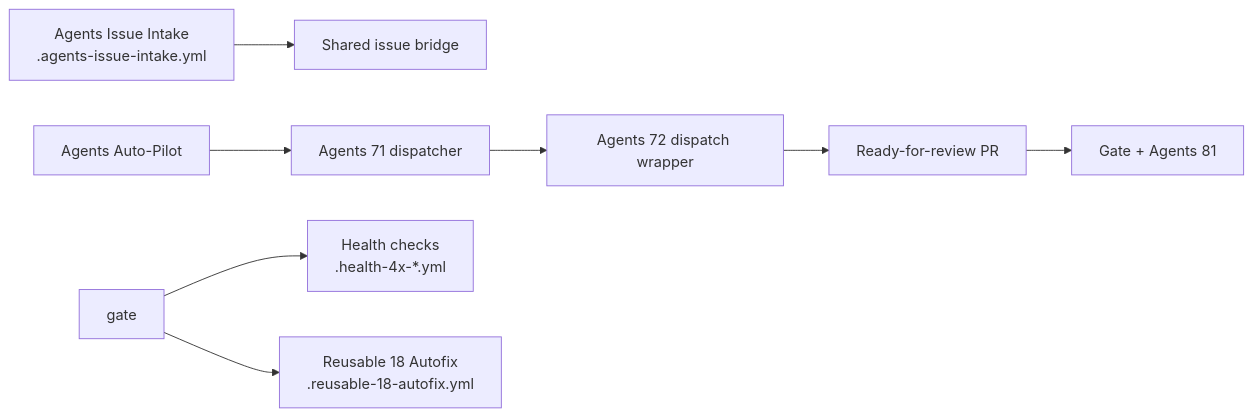
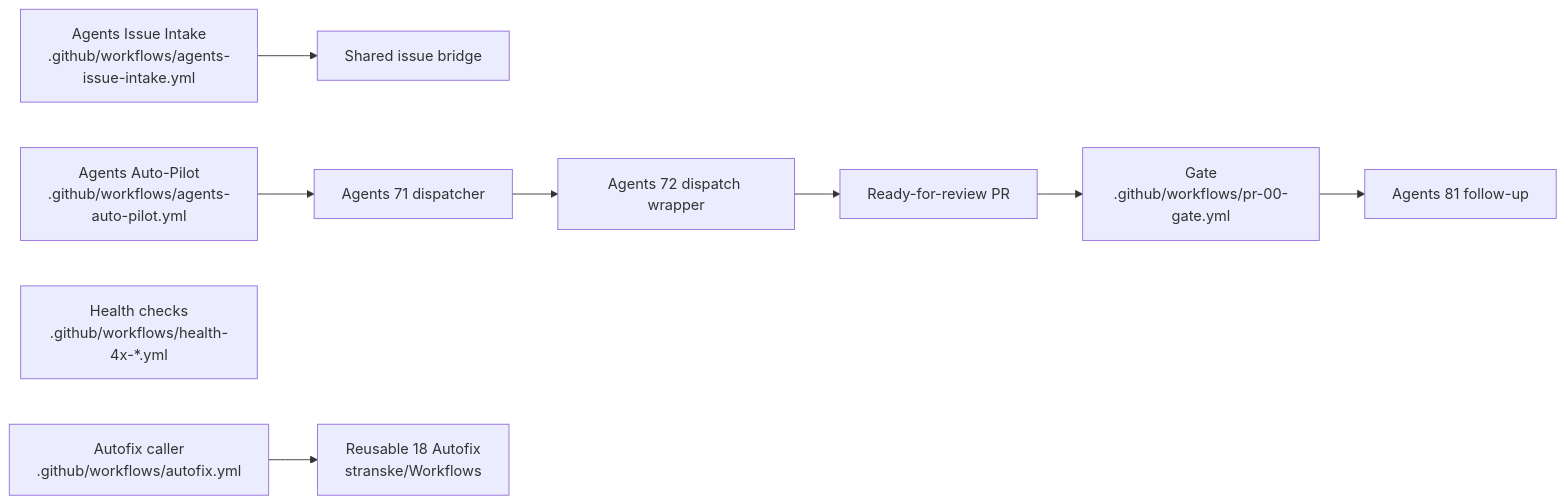
Before and after one commit to stranske/Trend_Model_Project: the first of 2 diagrams in docs/ci/WORKFLOWS.md, drawn with Mermaid. The commit also changed 7 other files, not shown here.

````diff
--- a/docs/ci/WORKFLOWS.md
+++ b/docs/ci/WORKFLOWS.md
@@ -10,8 +10,8 @@
 ```mermaid
 flowchart LR
-    intake["Agents Issue Intake\n.agents-issue-intake.yml"] --> bridge["Shared issue bridge"]
-    autoPilot["Agents Auto-Pilot"] --> dispatcher["Agents 71 dispatcher"] --> workerDispatch["Agents 72 dispatch wrapper"]
-    workerDispatch --> readyPr["Ready-for-review PR"] --> gateFollowups["Gate + Agents 81"]
-    gate --> healthGuard["Health checks\n.health-4x-*.yml"]
-    gate --> autofix["Reusable 18 Autofix\n.reusable-18-autofix.yml"]
+    intake["Agents Issue Intake\n.github/workflows/agents-issue-intake.yml"] --> bridge["Shared issue bridge"]
+    autoPilot["Agents Auto-Pilot\n.github/workflows/agents-auto-pilot.yml"] --> dispatcher["Agents 71 dispatcher"] --> workerDispatch["Agents 72 dispatch wrapper"]
+    workerDispatch --> readyPr["Ready-for-review PR"] --> gate["Gate\n.github/workflows/pr-00-gate.yml"] --> gateFollowups["Agents 81 follow-up"]
+    healthGuard["Health checks\n.github/workflows/health-4x-*.yml"]
+    autofixCaller["Autofix caller\n.github/workflows/autofix.yml"] --> autofix["Reusable 18 Autofix\nstranske/Workflows"]
 ```
````
